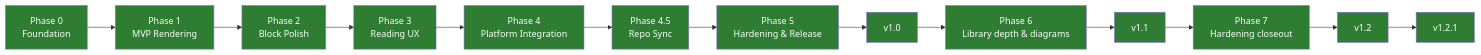
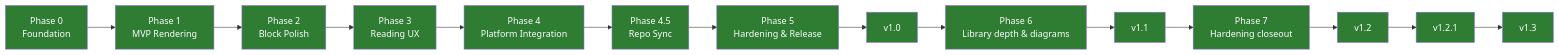
Before and after one commit to cemililik/markdown-viewer-mobile: the diagram in docs/roadmap.md, drawn with Mermaid. The commit also changed other lines of this file and 26 other files, not shown here.

````diff
--- a/docs/roadmap.md
+++ b/docs/roadmap.md
@@ -5,29 +5,31 @@
 ```mermaid
 graph LR
     P0[Phase 0<br/>Foundation] --> P1[Phase 1<br/>MVP Rendering]
     P1 --> P2[Phase 2<br/>Block Polish]
     P2 --> P3[Phase 3<br/>Reading UX]
     P3 --> P4[Phase 4<br/>Platform Integration]
     P4 --> P45[Phase 4.5<br/>Repo Sync]
     P45 --> P5[Phase 5<br/>Hardening & Release]
     P5 --> V1[v1.0]
     V1 --> P6[Phase 6<br/>Library depth & diagrams]
     P6 --> V11[v1.1]
     V11 --> P7[Phase 7<br/>Hardening closeout]
     P7 --> V12[v1.2]
     V12 --> V121[v1.2.1]
+    V121 --> V13[v1.3]
 
     style P0 fill:#2e7d32,color:#fff
     style P1 fill:#2e7d32,color:#fff
     style P2 fill:#2e7d32,color:#fff
     style P3 fill:#2e7d32,color:#fff
     style P4 fill:#2e7d32,color:#fff
     style P45 fill:#2e7d32,color:#fff
     style P5 fill:#2e7d32,color:#fff
     style V1 fill:#2e7d32,color:#fff
     style P6 fill:#2e7d32,color:#fff
     style V11 fill:#2e7d32,color:#fff
     style P7 fill:#2e7d32,color:#fff
     style V12 fill:#2e7d32,color:#fff
     style V121 fill:#2e7d32,color:#fff
+    style V13 fill:#2e7d32,color:#fff
 ```
````
